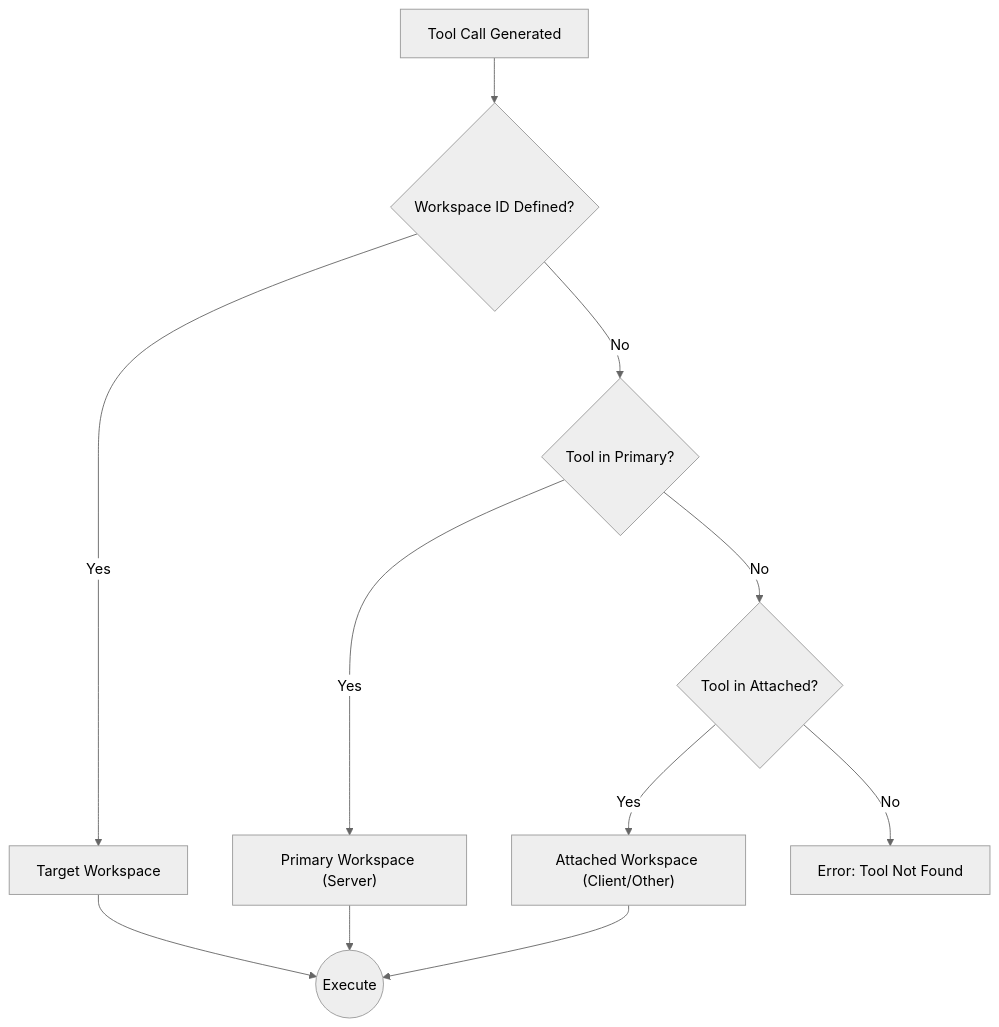
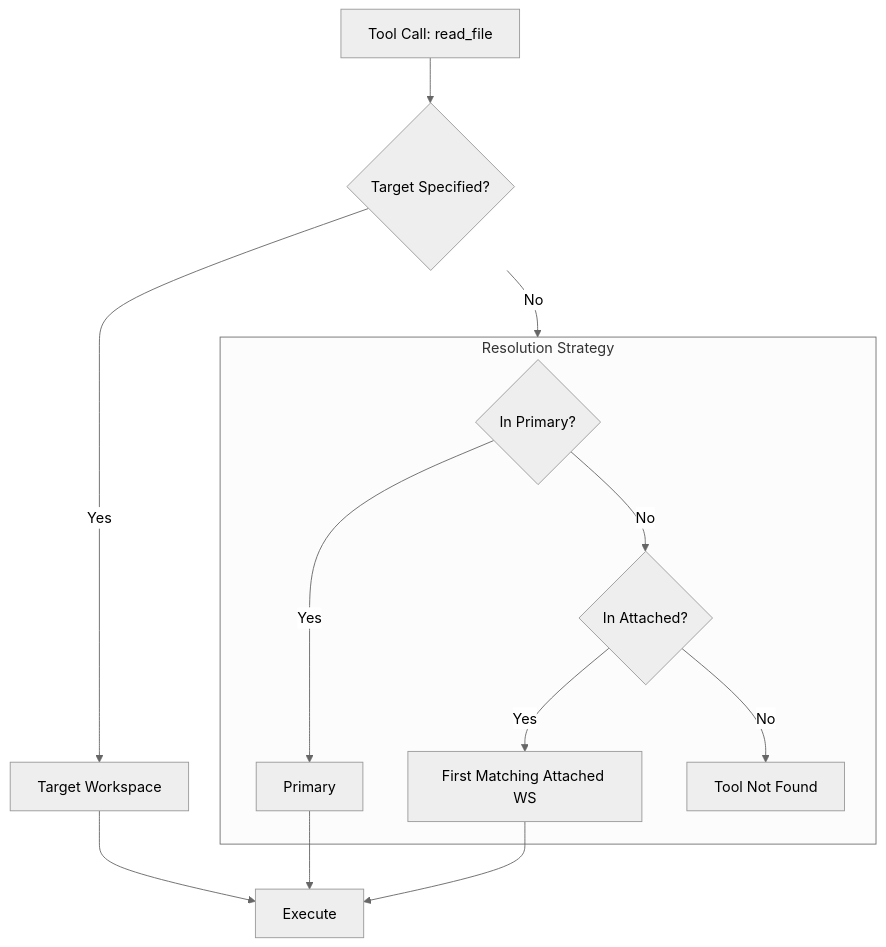
One commit to phynics/monad-project changed the second of 2 diagrams in docs/workspaces_feature_overview.md. Above: the diagram before and after it, drawn with Mermaid (neutral theme). The commit also changed other lines of this file and 19 other files, not shown here.

````diff
--- a/docs/workspaces_feature_overview.md
+++ b/docs/workspaces_feature_overview.md
@@ -74,20 +56,19 @@
 ```mermaid
 flowchart TD
-    Request[Tool Call Generated] --> CheckID{Workspace ID Defined?}
+    Req[Tool Call: read_file] --> CheckTarget{Target Specified?}
     
-    CheckID -- Yes --> Target[Target Workspace]
+    CheckTarget -- Yes --> TargetWS[Target Workspace]
     
-    CheckID -- No --> CheckPrimary{Tool in Primary?}
+    CheckTarget -- No --> Priority
     
-    CheckPrimary -- Yes --> Primary["Primary Workspace (Server)"]
+    subgraph Priority [Resolution Strategy]
+        P1{In Primary?} -- Yes --> Primary
+        P1 -- No --> P2{In Attached?}
+        P2 -- Yes --> Attached[First Matching Attached WS]
+        P2 -- No --> Error[Tool Not Found]
+    end
     
-    CheckPrimary -- No --> CheckAttached{Tool in Attached?}
-    
-    CheckAttached -- Yes --> FirstAttached["Attached Workspace (Client/Other)"]
-    
-    CheckAttached -- No --> Error[Error: Tool Not Found]
-    
-    Target --> Execute((Execute))
+    TargetWS --> Execute
     Primary --> Execute
-    FirstAttached --> Execute
+    Attached --> Execute
 ```
````
